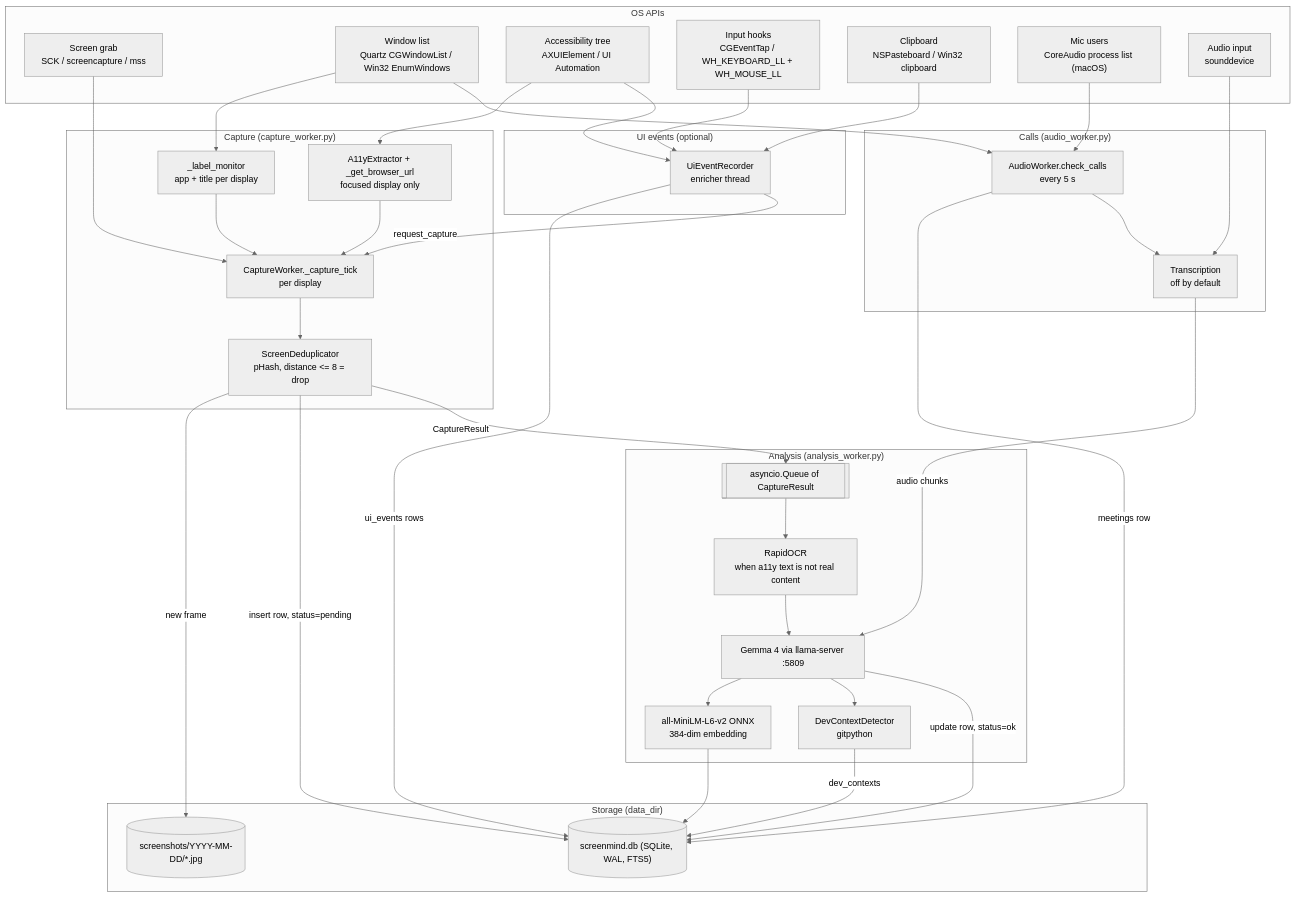
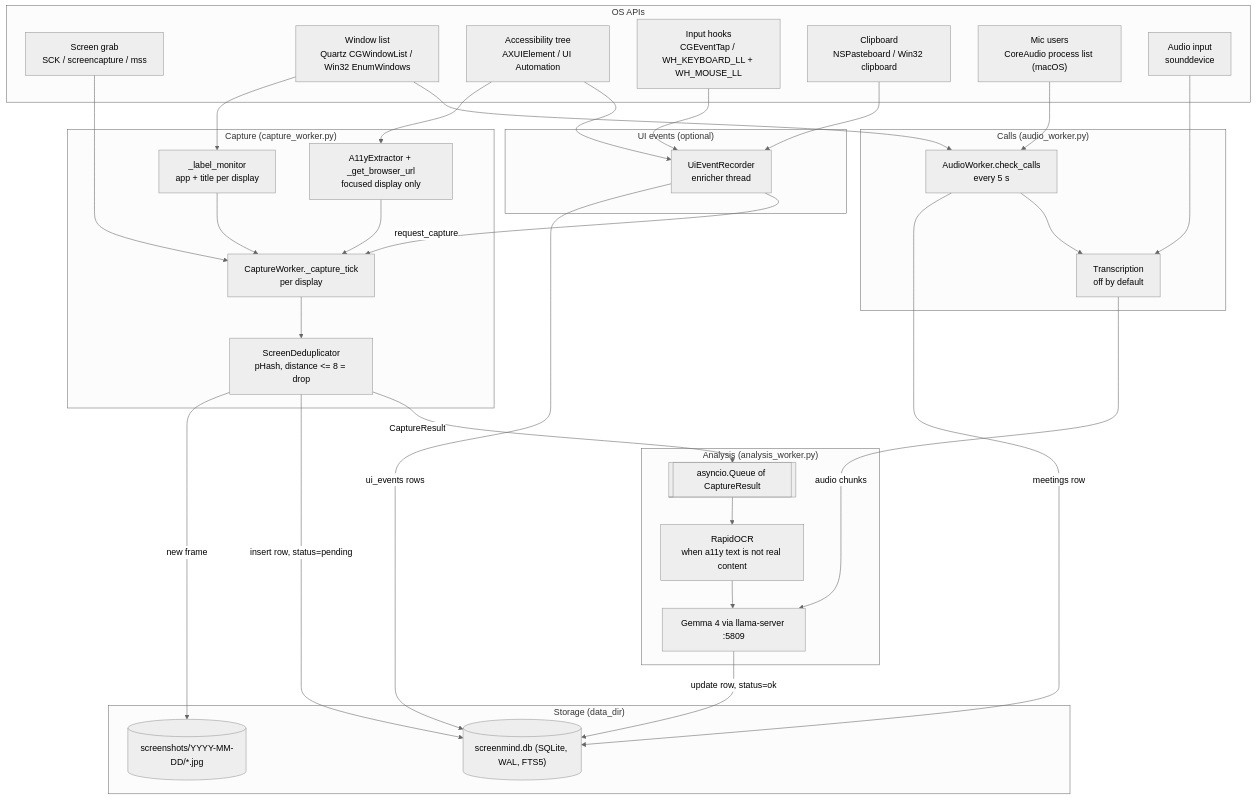
One commit to Venopacman/ScreenMind changed the first of 2 diagrams in docs/architecture/capture.md. Above: the diagram before and after it, drawn with Mermaid (neutral theme). The commit also changed other lines of this file and 7 other files, not shown here.

````diff
--- a/docs/architecture/capture.md
+++ b/docs/architecture/capture.md
@@ -28,66 +28,60 @@
 ```mermaid
 flowchart TB
   subgraph OS["OS APIs"]
     GRAB["Screen grab<br/>SCK / screencapture / mss"]
     WINS["Window list<br/>Quartz CGWindowList / Win32 EnumWindows"]
     A11Y["Accessibility tree<br/>AXUIElement / UI Automation"]
     HOOK["Input hooks<br/>CGEventTap / WH_KEYBOARD_LL + WH_MOUSE_LL"]
     CLIP["Clipboard<br/>NSPasteboard / Win32 clipboard"]
     COREAUDIO["Mic users<br/>CoreAudio process list (macOS)"]
     SD["Audio input<br/>sounddevice"]
   end
 
   subgraph CAP["Capture (capture_worker.py)"]
     TICK["CaptureWorker._capture_tick<br/>per display"]
     DEDUP["ScreenDeduplicator<br/>pHash, distance <= 8 = drop"]
     LABEL["_label_monitor<br/>app + title per display"]
     TXT["A11yExtractor + _get_browser_url<br/>focused display only"]
   end
 
   subgraph UIE["UI events (optional)"]
     REC["UiEventRecorder<br/>enricher thread"]
   end
 
   subgraph CALLS["Calls (audio_worker.py)"]
     DET["AudioWorker.check_calls<br/>every 5 s"]
     TRANS["Transcription<br/>off by default"]
   end
 
   subgraph ANA["Analysis (analysis_worker.py)"]
     Q[["asyncio.Queue of CaptureResult"]]
     OCR["RapidOCR<br/>when a11y text is not real content"]
     GEMMA["Gemma 4 via llama-server :5809"]
-    EMB["all-MiniLM-L6-v2 ONNX<br/>384-dim embedding"]
-    GIT["DevContextDetector<br/>gitpython"]
   end
 
   subgraph STORE["Storage (data_dir)"]
     JPG[("screenshots/YYYY-MM-DD/*.jpg")]
     DB[("screenmind.db (SQLite, WAL, FTS5)")]
   end
 
   GRAB --> TICK
   WINS --> LABEL --> TICK
   A11Y --> TXT --> TICK
   TICK --> DEDUP
   DEDUP -- "new frame" --> JPG
   DEDUP -- "insert row, status=pending" --> DB
   DEDUP -- "CaptureResult" --> Q
   HOOK --> REC
   CLIP --> REC
   A11Y --> REC
   REC -- "ui_events rows" --> DB
   REC -- "request_capture" --> TICK
   WINS --> DET
   COREAUDIO --> DET
   DET -- "meetings row" --> DB
   DET --> TRANS
   SD --> TRANS
   TRANS -- "audio chunks" --> GEMMA
   Q --> OCR --> GEMMA
-  GEMMA --> EMB
-  GEMMA --> GIT
   GEMMA -- "update row, status=ok" --> DB
-  EMB --> DB
-  GIT -- "dev_contexts" --> DB
 ```
````
